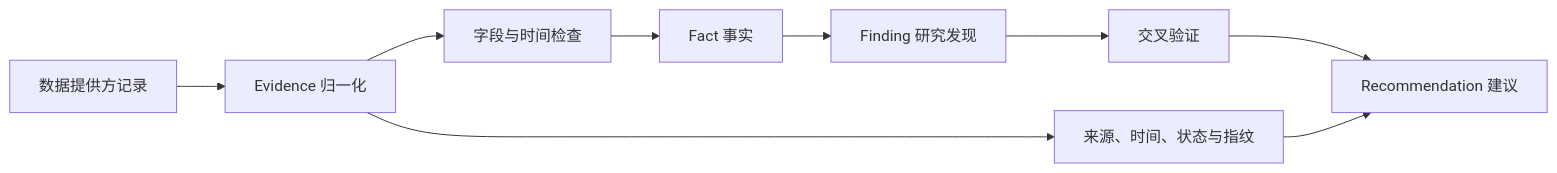
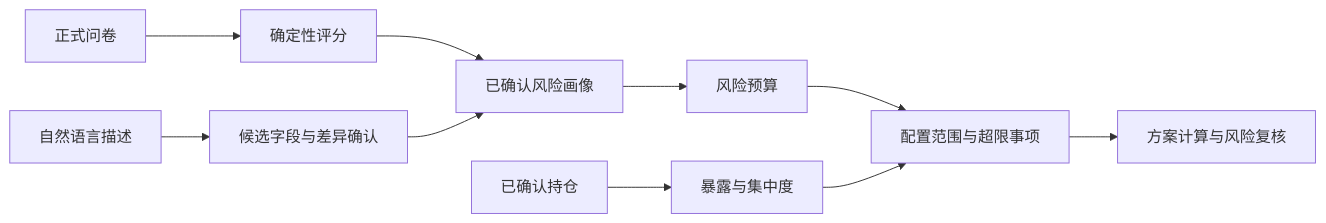
The third of 7 diagrams in docs/submission/competition-technical-solution.md (1917173927/prism), drawn with Mermaid before and after one commit. The commit also changed other lines of this file and 4 other files, not shown here.

````diff
--- a/docs/submission/competition-technical-solution.md
+++ b/docs/submission/competition-technical-solution.md
@@ -417,11 +248,12 @@
 ```mermaid
 flowchart LR
-    A[数据提供方记录] --> B[Evidence 归一化]
-    B --> C[字段与时间检查]
-    C --> D[Fact 事实]
-    D --> E[Finding 研究发现]
-    E --> F[交叉验证]
-    F --> G[Recommendation 建议]
-    B --> H[来源、时间、状态与指纹]
-    H --> G
+    A[正式问卷] --> B[确定性评分]
+    C[自然语言描述] --> D[候选字段与差异确认]
+    B --> E[已确认风险画像]
+    D --> E
+    E --> F[风险预算]
+    G[已确认持仓] --> H[暴露与集中度]
+    F --> I[配置范围与超限事项]
+    H --> I
+    I --> J[方案计算与风险复核]
 ```
````
